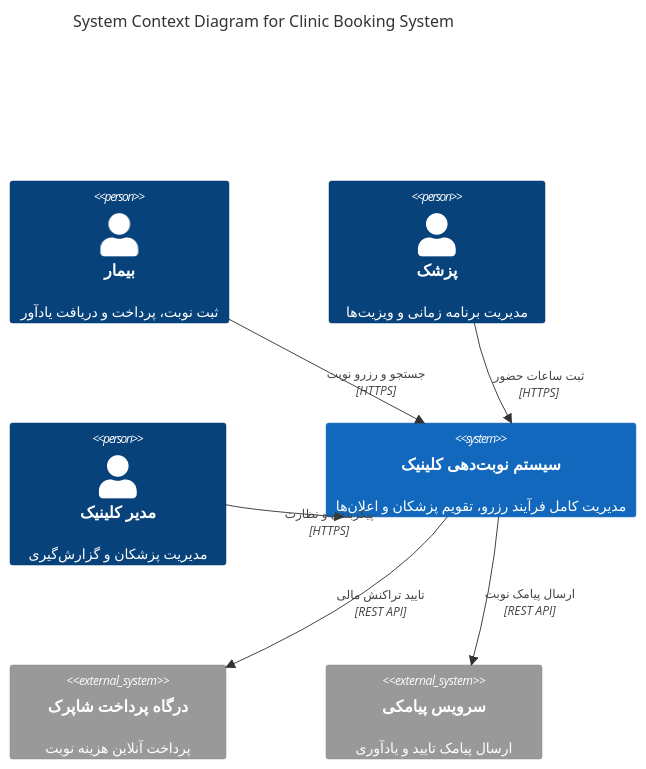
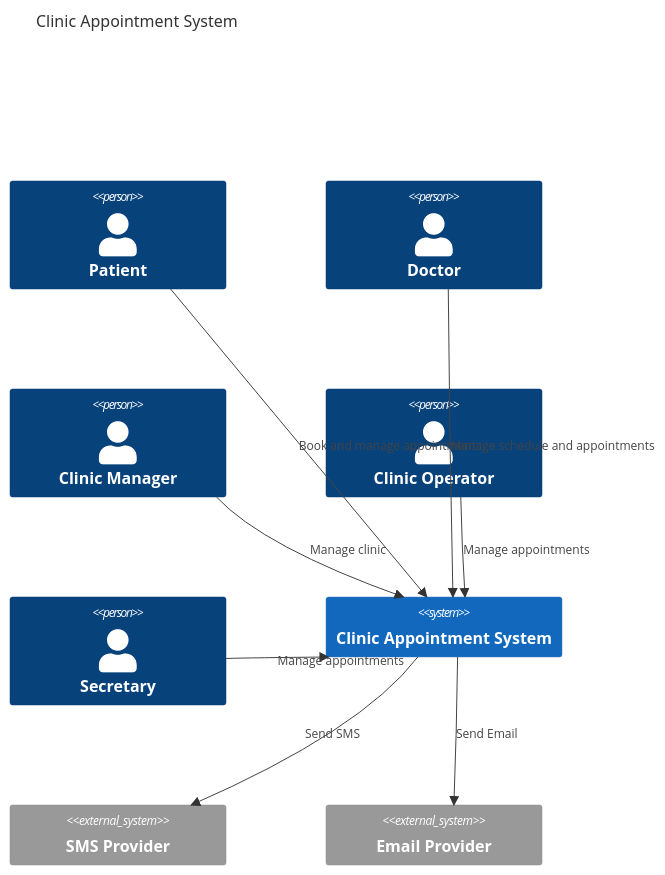
One commit to amirrahiminejad/clinic-appointment-system changed the diagram in docs/architecture/c4models/01-system-contex.md. Above: the diagram before and after it, drawn with Mermaid.

Commit message:
vault backup: 2026-09-24 18:39:26

````diff
--- a/docs/architecture/c4models/01-system-contex.md
+++ b/docs/architecture/c4models/01-system-contex.md
@@ -3,20 +3,47 @@
 ```mermaid
 C4Context
-title System Context Diagram for Clinic Booking System
 
-Person(patient, "بیمار", "ثبت نوبت، پرداخت و دریافت یادآور")
-Person(doctor, "پزشک", "مدیریت برنامه زمانی و ویزیت‌ها")
-Person(admin, "مدیر کلینیک", "مدیریت پزشکان و گزارش‌گیری")
+  
 
-System(clinic_system, "سیستم نوبت‌دهی کلینیک", "مدیریت کامل فرآیند رزرو، تقویم پزشکان و اعلان‌ها")
+title Clinic Appointment System
 
-System_Ext(payment_gateway, "درگاه پرداخت شاپرک", "پرداخت آنلاین هزینه نوبت")
-System_Ext(sms_provider, "سرویس پیامکی", "ارسال پیامک تایید و یادآوری")
+  
 
-Rel(patient, clinic_system, "جستجو و رزرو نوبت", "HTTPS")
-Rel(doctor, clinic_system, "ثبت ساعات حضور", "HTTPS")
-Rel(admin, clinic_system, "پیکربندی و نظارت", "HTTPS")
+Person(patient, "Patient")
 
-Rel(clinic_system, payment_gateway, "تایید تراکنش مالی", "REST API")
-Rel(clinic_system, sms_provider, "ارسال پیامک نوبت", "REST API")
+Person(doctor, "Doctor")
+
+Person(manager, "Clinic Manager")
+
+Person(operator, "Clinic Operator")
+
+Person(secretary, "Secretary")
+
+  
+
+System(system, "Clinic Appointment System")
+
+  
+
+System_Ext(sms, "SMS Provider")
+
+System_Ext(email, "Email Provider")
+
+  
+
+Rel(patient, system, "Book and manage appointments")
+
+Rel(doctor, system, "Manage schedule and appointments")
+
+Rel(manager, system, "Manage clinic")
+
+Rel(operator, system, "Manage appointments")
+
+Rel(secretary, system, "Manage appointments")
+
+  
+
+Rel(system, sms, "Send SMS")
+
+Rel(system, email, "Send Email")
 ```
````
